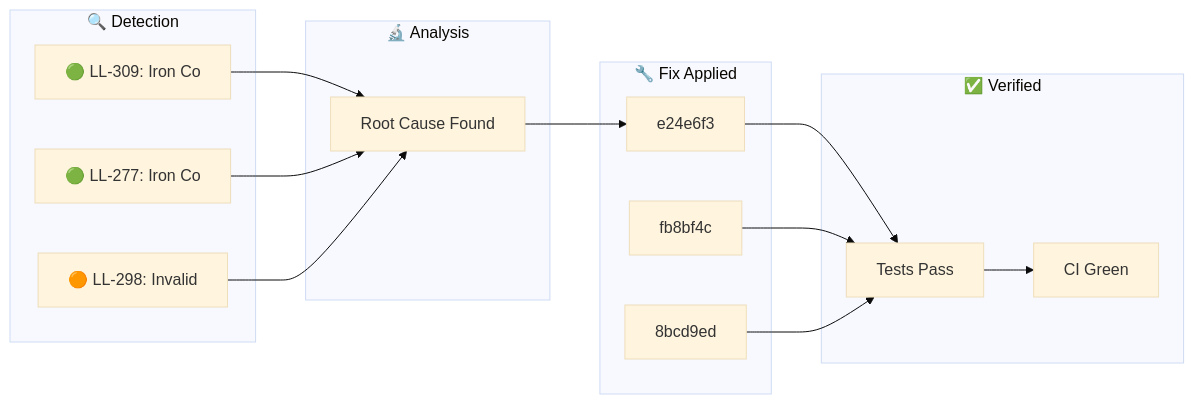
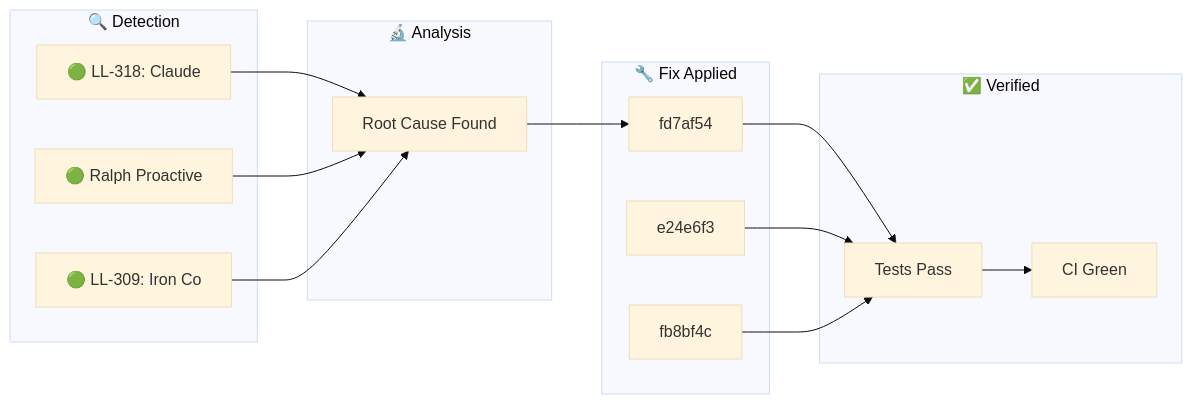
One commit to YoByron/trading changed the diagram in docs/_posts/2026-01-28-ralph-discovery.md. Above: the diagram before and after it, drawn with Mermaid (base theme). The commit also changed other lines of this file, not shown here.

Commit message:
docs(ralph): Auto-publish discovery blog post

````diff
--- a/docs/_posts/2026-01-28-ralph-discovery.md
+++ b/docs/_posts/2026-01-28-ralph-discovery.md
@@ -17,28 +17,28 @@
 ```mermaid
 flowchart LR
     subgraph Detection["🔍 Detection"]
-        D1["🟢 LL-309: Iron Co"]
-        D2["🟢 LL-277: Iron Co"]
-        D3["🟠 LL-298: Invalid"]
+        D1["🟢 LL-318: Claude "]
+        D2["🟢 Ralph Proactive"]
+        D3["🟢 LL-309: Iron Co"]
     end
     subgraph Analysis["🔬 Analysis"]
         A1["Root Cause Found"]
     end
     subgraph Fix["🔧 Fix Applied"]
-        F1["e24e6f3"]
-        F2["fb8bf4c"]
-        F3["8bcd9ed"]
+        F1["fd7af54"]
+        F2["e24e6f3"]
+        F3["fb8bf4c"]
     end
     subgraph Verify["✅ Verified"]
         V1["Tests Pass"]
         V2["CI Green"]
     end
     D1 --> A1
     D2 --> A1
     D3 --> A1
     A1 --> F1
     F1 --> V1
     F2 --> V1
     F3 --> V1
     V1 --> V2
 ```
````
